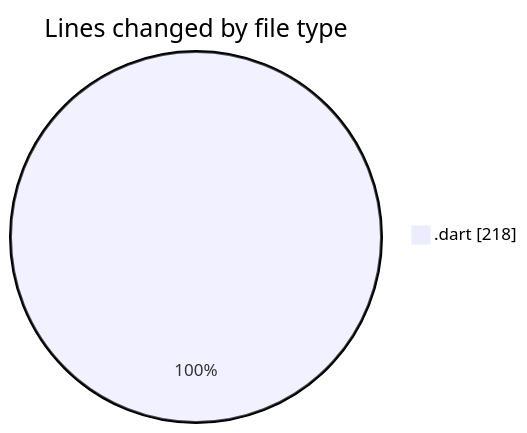
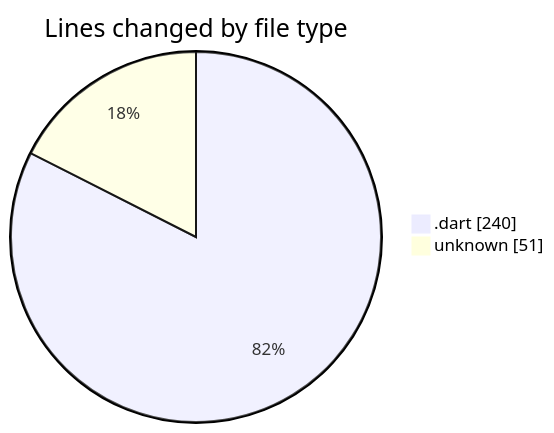
The first of 2 diagrams in 2025-01-02/uber_clone/README.md (donsfak/code-tracking), drawn with Mermaid before and after one commit. The commit also changed other lines of this file and 1 other file, not shown here.

````diff
--- a/2025-01-02/uber_clone/README.md
+++ b/2025-01-02/uber_clone/README.md
@@ -21,5 +24,6 @@
 ```mermaid
 pie showData
 title Lines changed by file type
-".dart" : 218
+".dart" : 240
+"unknown" : 51
 ```
````
